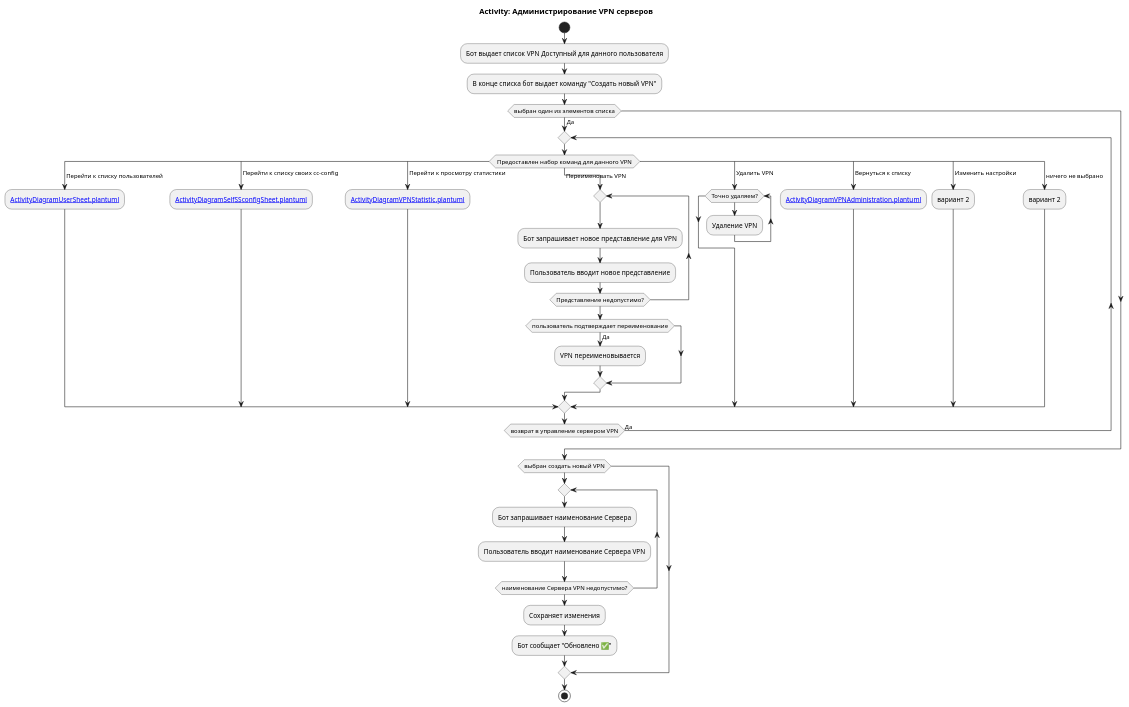
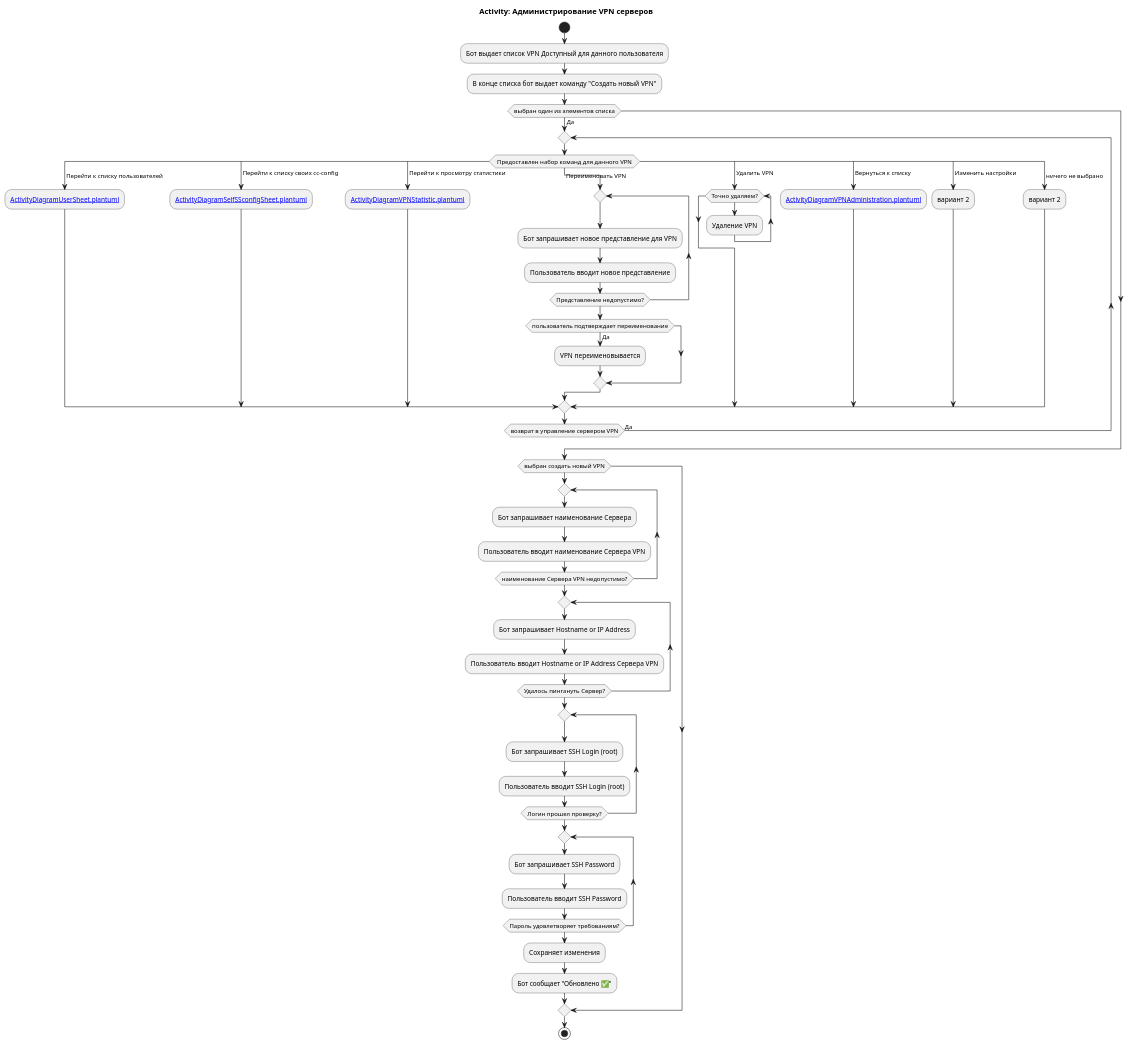
One commit to MaratDevOps/VPNManagerDoc changed the diagram in ActivityDiagramVPNAdministration.plantuml. Above: the diagram before and after it, drawn with PlantUML.

Commit message:
создание сервера

```diff
--- a/ActivityDiagramVPNAdministration.plantuml
+++ b/ActivityDiagramVPNAdministration.plantuml
@@ -1,52 +1,65 @@
 @startuml Activity_VPN_Administration
 title Activity: Администрирование VPN серверов
 
 start
-label sp_lab0
+
 
 :Бот выдает список VPN Доступный для данного пользователя;
 :В конце списка бот выдает команду "Создать новый VPN";
 if (выбран один из элементов списка) then (Да)
     repeat
     switch ( Предоставлен набор команд для данного VPN )
     case ( Перейти к списку пользователей )
         :[[ActivityDiagramUserSheet.plantuml]];
     case ( Перейти к списку своих cc-config )
         :[[ActivityDiagramSelfSSconfigSheet.plantuml]];
     case ( Перейти к просмотру статистики )
         :[[ActivityDiagramVPNStatistic.plantuml]];
     case ( Переименовать VPN )
         repeat
             :Бот запрашивает новое представление для VPN;
             :Пользователь вводит новое представление;
         repeat while (Представление недопустимо?)
         if (пользователь подтверждает переименование) then (Да)
             :VPN переименовывается;
         endif
     case ( Удалить VPN )
         while (Точно удаляем?)
             :Удаление VPN; 
         endwhile
     case ( Вернуться к списку )
         :[[ActivityDiagramVPNAdministration.plantuml]];
     case ( Изменить настройки )
         :вариант 2;
     case ( ничего не выбрано )
         :вариант 2;
     endswitch
     repeat while (возврат в управление сервером VPN) is (Да)
         detach
 endif
 
 if (выбран создать новый VPN) then 
     repeat
         :Бот запрашивает наименование Сервера;
         :Пользователь вводит наименование Сервера VPN;
     repeat while (наименование Сервера VPN недопустимо?)
+    repeat
+        :Бот запрашивает Hostname or IP Address;
+        :Пользователь вводит Hostname or IP Address Сервера VPN;
+    repeat while (Удалось пингануть Сервер?)
+    repeat
+        :Бот запрашивает SSH Login (root);
+        :Пользователь вводит SSH Login (root);
+    repeat while (Логин прошел проверку?)
+    repeat
+        :Бот запрашивает SSH Password;
+        :Пользователь вводит SSH Password;
+    repeat while (Пароль удовлетворяет требованиям?)
+
     :Сохраняет изменения;
 
     :Бот сообщает "Обновлено ✅";
    
 endif
 stop
 @enduml
```
